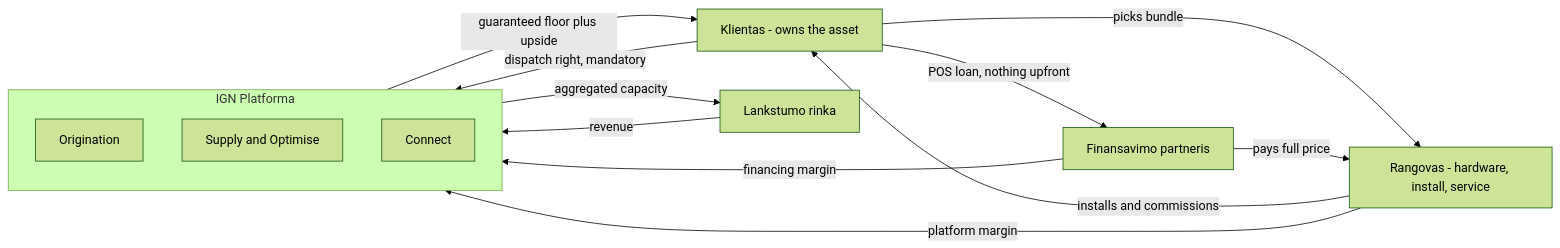
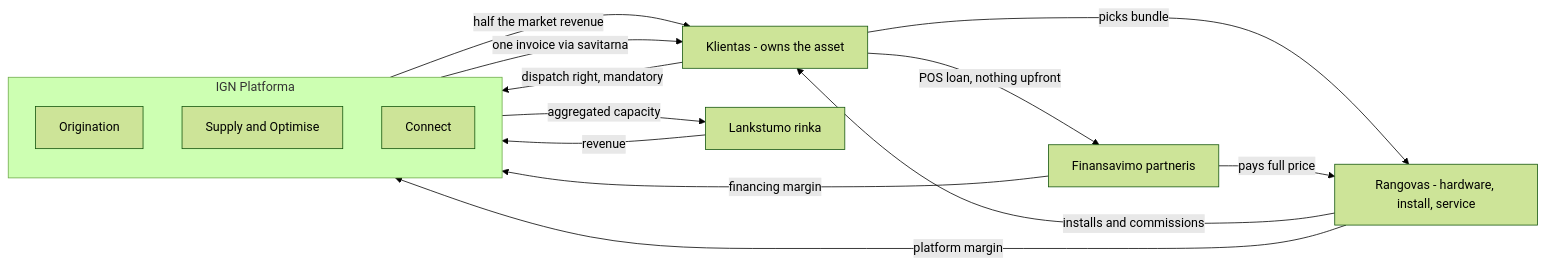
One commit to VentureJuozas/Ignitisx.0 changed the second of 2 diagrams in docs/platform-flow.md. Above: the diagram before and after it, drawn with Mermaid (forest theme). The commit also changed other lines of this file and 4 other files, not shown here.

First line of the commit message:
Rework platform demo: offer-led flow, revenue share, lender choice

````diff
--- a/docs/platform-flow.md
+++ b/docs/platform-flow.md
@@ -89,23 +91,24 @@
 ```mermaid
 flowchart LR
   subgraph ignplatform [IGN Platforma]
     Orig["Origination"]
     Opt["Supply and Optimise"]
     Conn["Connect"]
   end
   Customer["Klientas - owns the asset"]
   Contractor["Rangovas - hardware, install, service"]
   Lender["Finansavimo partneris"]
   Market["Lankstumo rinka"]
 
   Customer -->|"picks bundle"| Contractor
   Customer -->|"POS loan, nothing upfront"| Lender
   Lender -->|"pays full price"| Contractor
   Contractor -->|"installs and commissions"| Customer
   Customer -->|"dispatch right, mandatory"| ignplatform
   ignplatform -->|"aggregated capacity"| Market
   Market -->|"revenue"| ignplatform
-  ignplatform -->|"guaranteed floor plus upside"| Customer
+  ignplatform -->|"half the market revenue"| Customer
+  ignplatform -->|"one invoice via savitarna"| Customer
   Contractor -->|"platform margin"| ignplatform
   Lender -->|"financing margin"| ignplatform
 ```
````
